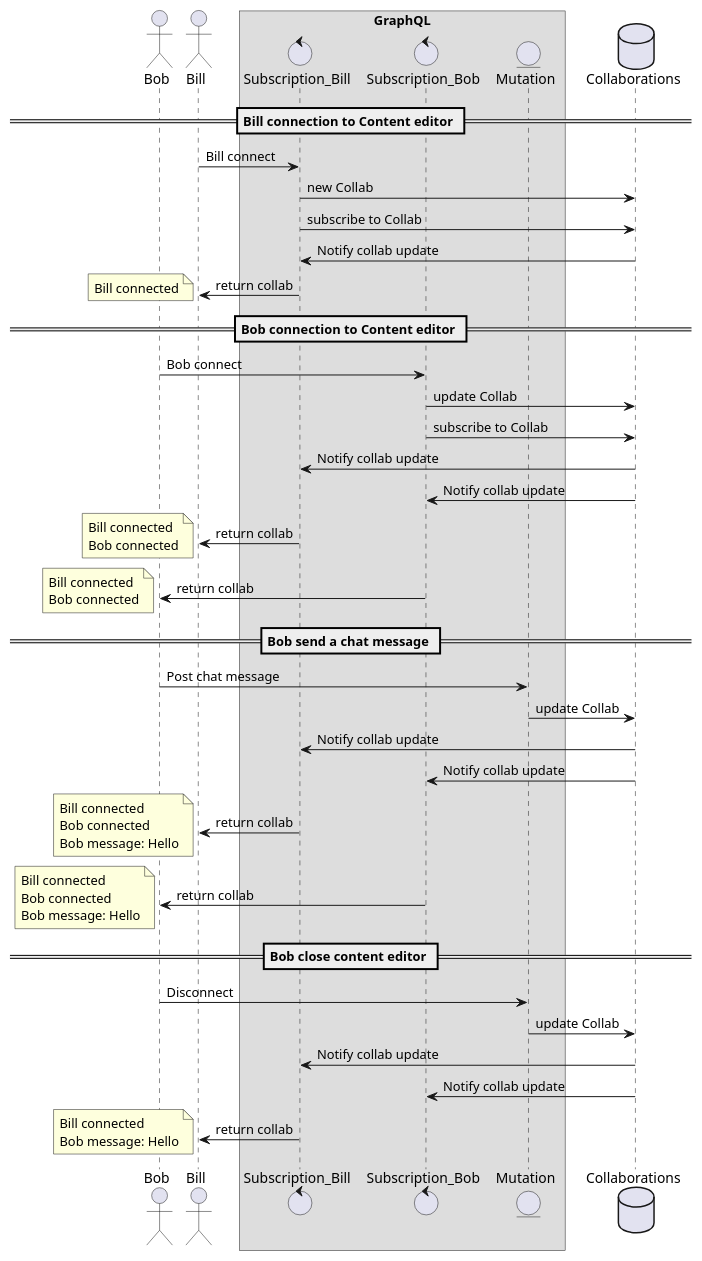
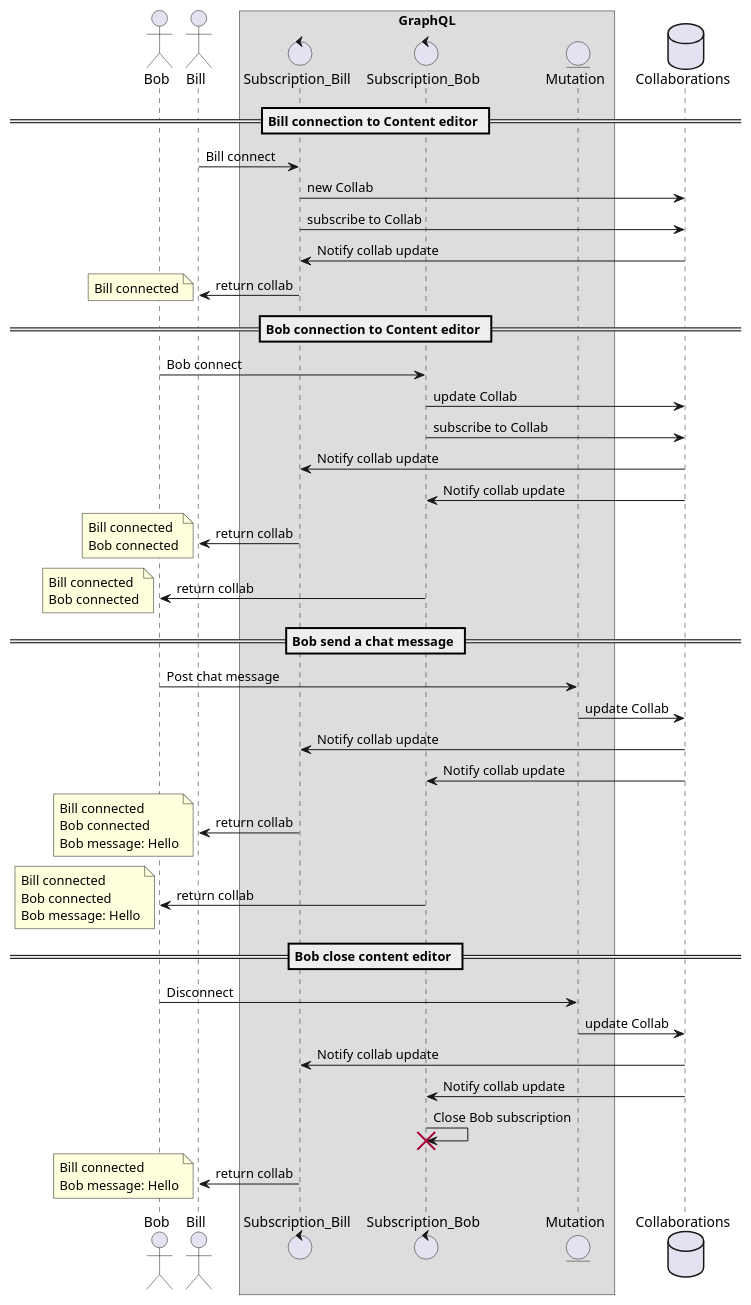
One commit to Jahia/content-editor changed the diagram in collab/implem_sequence_diag.puml. Above: the diagram before and after it, drawn with PlantUML. The commit also changed 1 other file, not shown here.

Commit message:
add doc, sequence diag

```diff
--- a/collab/implem_sequence_diag.puml
+++ b/collab/implem_sequence_diag.puml
@@ -1,68 +1,70 @@
 @startuml
 actor Bob
 actor Bill
 box "GraphQL"
 control Subscription_Bill
 control Subscription_Bob
 entity Mutation
 end box
 database Collaborations
 
 
 == Bill connection to Content editor ==
 Bill -> Subscription_Bill: Bill connect
 Subscription_Bill -> Collaborations: new Collab
 Subscription_Bill -> Collaborations: subscribe to Collab
 Collaborations -> Subscription_Bill: Notify collab update
 Subscription_Bill -> Bill: return collab
 note left
   Bill connected
 end note
 
 == Bob connection to Content editor ==
 Bob -> Subscription_Bob: Bob connect
 Subscription_Bob -> Collaborations: update Collab
 Subscription_Bob -> Collaborations: subscribe to Collab
 Collaborations -> Subscription_Bill: Notify collab update
 Collaborations -> Subscription_Bob: Notify collab update
 Subscription_Bill -> Bill: return collab
 note left
   Bill connected
   Bob connected
 end note
 Subscription_Bob -> Bob: return collab
 note left
   Bill connected
   Bob connected
 end note
 
 == Bob send a chat message ==
 Bob -> Mutation: Post chat message
 Mutation -> Collaborations: update Collab
 Collaborations -> Subscription_Bill: Notify collab update
 Collaborations -> Subscription_Bob: Notify collab update
 Subscription_Bill -> Bill: return collab
 note left
   Bill connected
   Bob connected
   Bob message: Hello
 end note
 Subscription_Bob -> Bob: return collab
 note left
   Bill connected
   Bob connected
   Bob message: Hello
 end note
 
 == Bob close content editor ==
 Bob -> Mutation: Disconnect
 Mutation -> Collaborations: update Collab
 Collaborations -> Subscription_Bill: Notify collab update
 Collaborations -> Subscription_Bob: Notify collab update
+Subscription_Bob -> Subscription_Bob: Close Bob subscription
+destroy Subscription_Bob
 Subscription_Bill -> Bill: return collab
 note left
   Bill connected
   Bob message: Hello
 end note
 
 @enduml
```
